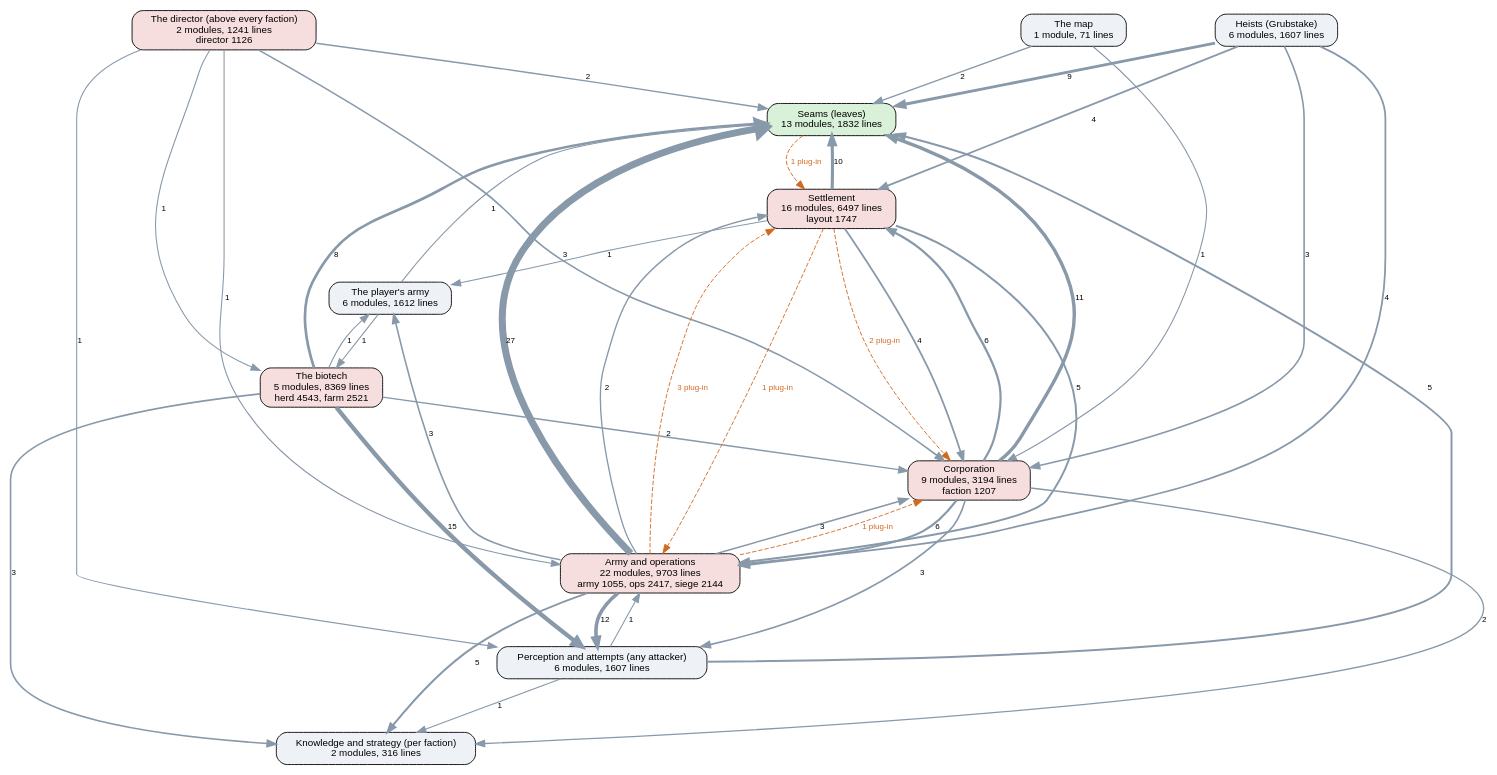
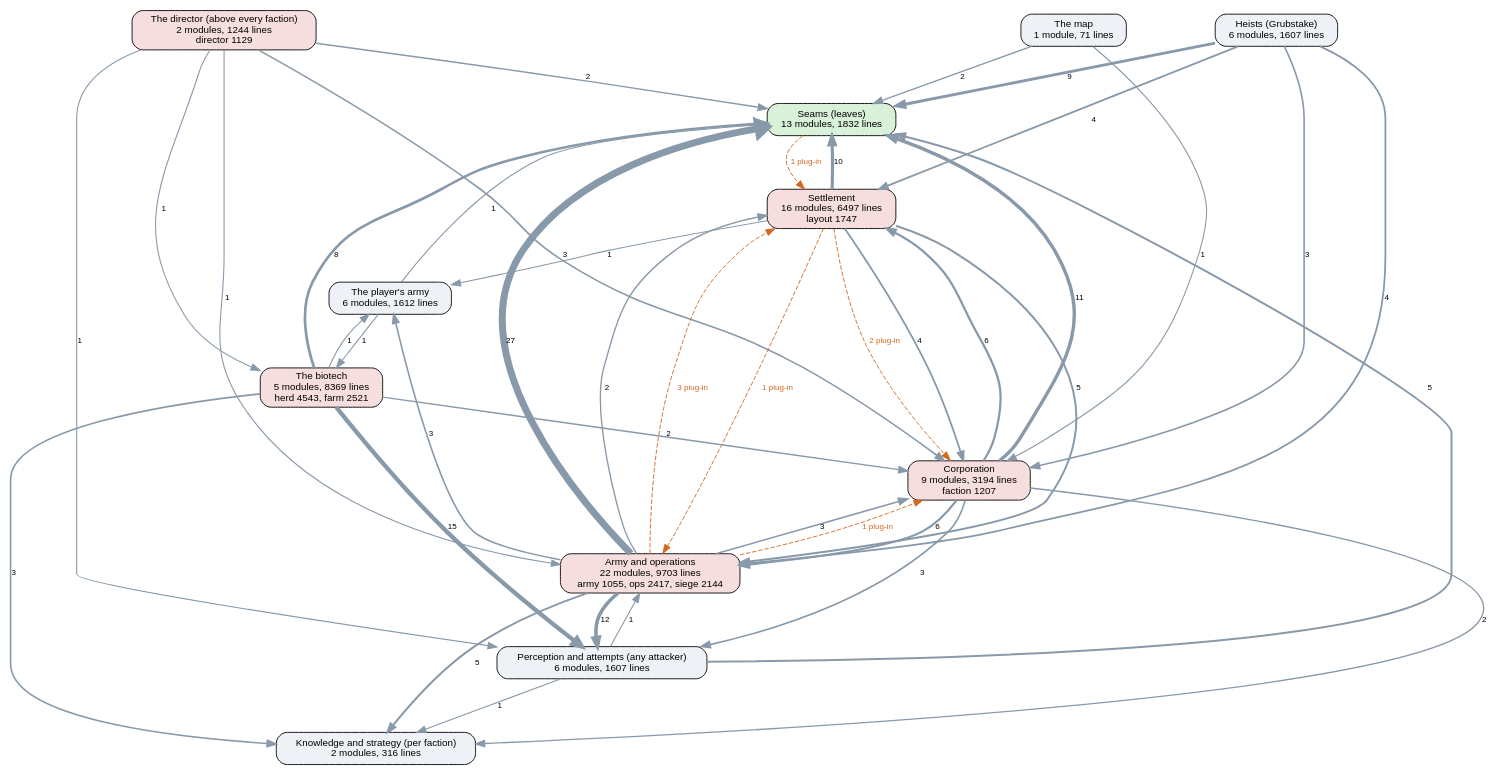
The diagram in docs/ai-layers.dot (kinelhu/landing-party), drawn with Graphviz before and after one commit. The commit also changed 11 other files, not shown here.

```diff
--- a/docs/ai-layers.dot
+++ b/docs/ai-layers.dot
@@ -1,57 +1,57 @@
 digraph layers {
   graph [rankdir=TB, fontname="Helvetica", nodesep=0.5, ranksep=0.7];
   node [shape=box, style="rounded,filled", fontname="Helvetica", fontsize=11, fillcolor="#eef2f7"];
   edge [color="#8899aa", fontname="Helvetica", fontsize=9];
   "Seams (leaves)" [label="Seams (leaves)\n13 modules, 1832 lines", fillcolor="#d9f0d9"];
   "Perception and attempts (any attacker)" [label="Perception and attempts (any attacker)\n6 modules, 1607 lines", fillcolor="#eef2f7"];
   "Knowledge and strategy (per faction)" [label="Knowledge and strategy (per faction)\n2 modules, 316 lines", fillcolor="#eef2f7"];
-  "The director (above every faction)" [label="The director (above every faction)\n2 modules, 1241 lines\ndirector 1126", fillcolor="#f7dede"];
+  "The director (above every faction)" [label="The director (above every faction)\n2 modules, 1244 lines\ndirector 1129", fillcolor="#f7dede"];
   "Corporation" [label="Corporation\n9 modules, 3194 lines\nfaction 1207", fillcolor="#f7dede"];
   "Settlement" [label="Settlement\n16 modules, 6497 lines\nlayout 1747", fillcolor="#f7dede"];
   "Army and operations" [label="Army and operations\n22 modules, 9703 lines\narmy 1055, ops 2417, siege 2144", fillcolor="#f7dede"];
   "Heists (Grubstake)" [label="Heists (Grubstake)\n6 modules, 1607 lines", fillcolor="#eef2f7"];
   "The biotech" [label="The biotech\n5 modules, 8369 lines\nherd 4543, farm 2521", fillcolor="#f7dede"];
   "The map" [label="The map\n1 module, 71 lines", fillcolor="#eef2f7"];
   "The player's army" [label="The player's army\n6 modules, 1612 lines", fillcolor="#eef2f7"];
   "Army and operations" -> "Corporation" [label="3", penwidth=1.8];
   "Army and operations" -> "Knowledge and strategy (per faction)" [label="5", penwidth=2.2];
   "Army and operations" -> "Perception and attempts (any attacker)" [label="12", penwidth=4.0];
   "Army and operations" -> "Seams (leaves)" [label="27", penwidth=7.8];
   "Army and operations" -> "Settlement" [label="2", penwidth=1.5];
   "Army and operations" -> "The player's army" [label="3", penwidth=1.8];
   "Corporation" -> "Army and operations" [label="6", penwidth=2.5];
   "Corporation" -> "Knowledge and strategy (per faction)" [label="2", penwidth=1.5];
   "Corporation" -> "Perception and attempts (any attacker)" [label="3", penwidth=1.8];
   "Corporation" -> "Seams (leaves)" [label="11", penwidth=3.8];
   "Corporation" -> "Settlement" [label="6", penwidth=2.5];
   "Heists (Grubstake)" -> "Army and operations" [label="4", penwidth=2.0];
   "Heists (Grubstake)" -> "Corporation" [label="3", penwidth=1.8];
   "Heists (Grubstake)" -> "Seams (leaves)" [label="9", penwidth=3.2];
   "Heists (Grubstake)" -> "Settlement" [label="4", penwidth=2.0];
   "Perception and attempts (any attacker)" -> "Army and operations" [label="1", penwidth=1.2];
   "Perception and attempts (any attacker)" -> "Knowledge and strategy (per faction)" [label="1", penwidth=1.2];
   "Perception and attempts (any attacker)" -> "Seams (leaves)" [label="5", penwidth=2.2];
   "Settlement" -> "Army and operations" [label="5", penwidth=2.2];
   "Settlement" -> "Corporation" [label="4", penwidth=2.0];
   "Settlement" -> "Seams (leaves)" [label="10", penwidth=3.5];
   "Settlement" -> "The player's army" [label="1", penwidth=1.2];
   "The biotech" -> "Corporation" [label="2", penwidth=1.5];
   "The biotech" -> "Knowledge and strategy (per faction)" [label="3", penwidth=1.8];
   "The biotech" -> "Perception and attempts (any attacker)" [label="15", penwidth=4.8];
   "The biotech" -> "Seams (leaves)" [label="8", penwidth=3.0];
   "The biotech" -> "The player's army" [label="1", penwidth=1.2];
   "The director (above every faction)" -> "Army and operations" [label="1", penwidth=1.2];
   "The director (above every faction)" -> "Corporation" [label="3", penwidth=1.8];
   "The director (above every faction)" -> "Perception and attempts (any attacker)" [label="1", penwidth=1.2];
   "The director (above every faction)" -> "Seams (leaves)" [label="2", penwidth=1.5];
   "The director (above every faction)" -> "The biotech" [label="1", penwidth=1.2];
   "The map" -> "Corporation" [label="1", penwidth=1.2];
   "The map" -> "Seams (leaves)" [label="2", penwidth=1.5];
   "The player's army" -> "Seams (leaves)" [label="1", penwidth=1.2];
   "The player's army" -> "The biotech" [label="1", penwidth=1.2];
   "Army and operations" -> "Corporation" [style=dashed, color="#d2691e", fontcolor="#d2691e", label="1 plug-in"];
   "Army and operations" -> "Settlement" [style=dashed, color="#d2691e", fontcolor="#d2691e", label="3 plug-in"];
   "Seams (leaves)" -> "Settlement" [style=dashed, color="#d2691e", fontcolor="#d2691e", label="1 plug-in"];
   "Settlement" -> "Army and operations" [style=dashed, color="#d2691e", fontcolor="#d2691e", label="1 plug-in"];
   "Settlement" -> "Corporation" [style=dashed, color="#d2691e", fontcolor="#d2691e", label="2 plug-in"];
 }
```
